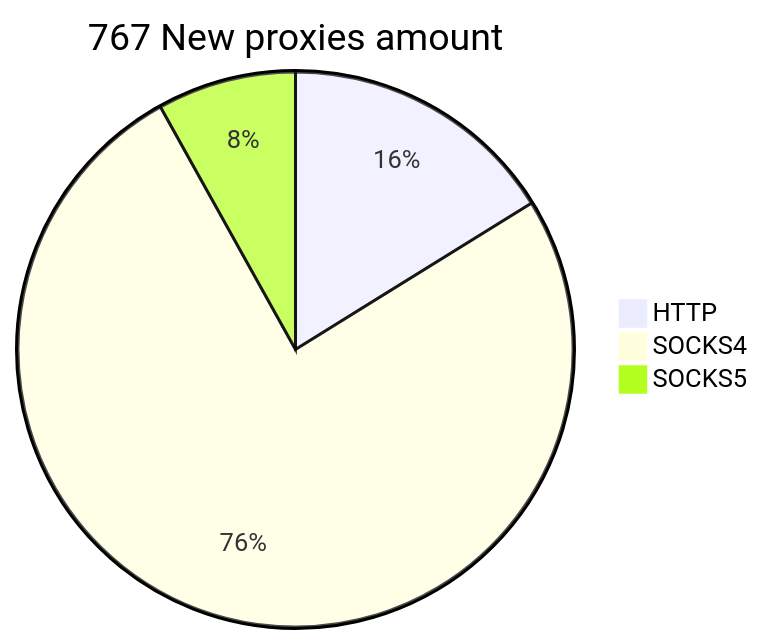
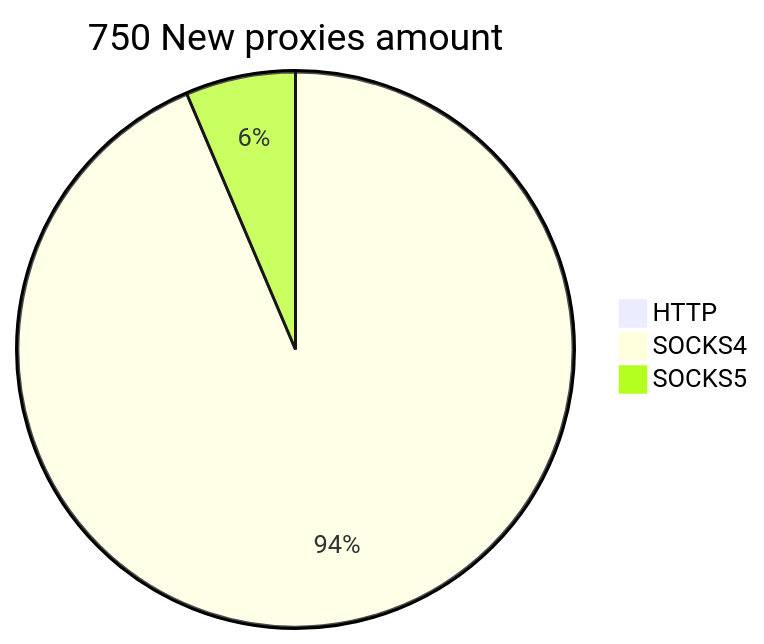
Before and after one commit to cutipu/proxylist: the second of 2 diagrams in README.md, drawn with Mermaid. The commit also changed other lines of this file, not shown here.

````diff
--- a/README.md
+++ b/README.md
@@ -10,6 +10,6 @@
 ```mermaid
-pie title 767 New proxies amount
-    "HTTP" : 124
-    "SOCKS4" : 581
-    "SOCKS5" : 62
+pie title 750 New proxies amount
+    "HTTP" : 0
+    "SOCKS4" : 702
+    "SOCKS5" : 48
 ```
````
